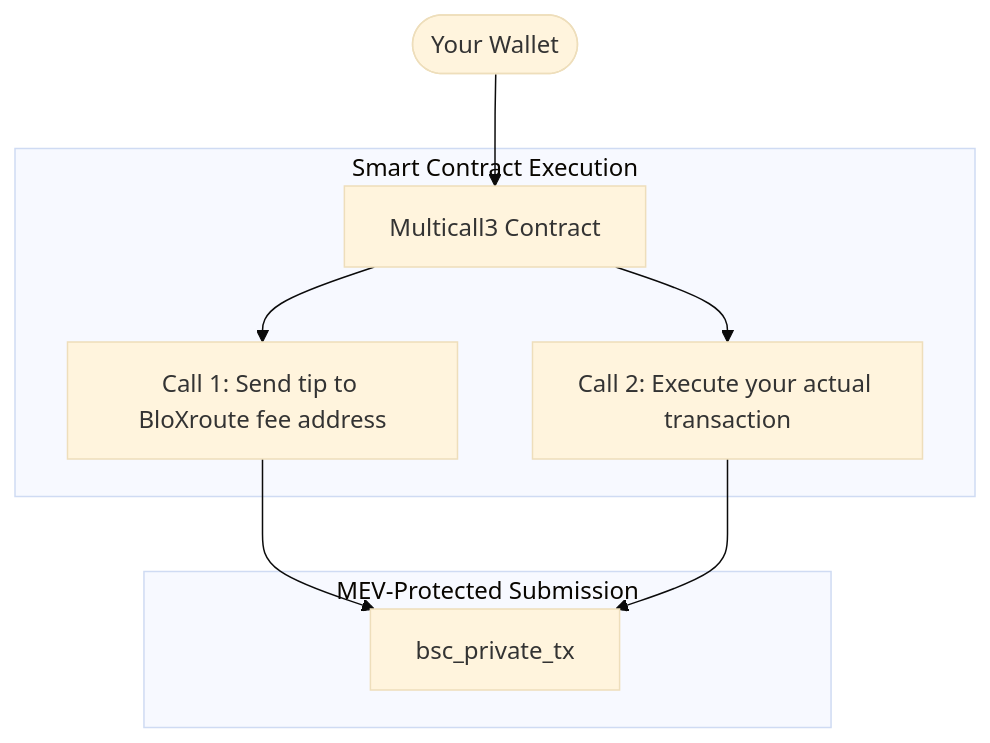
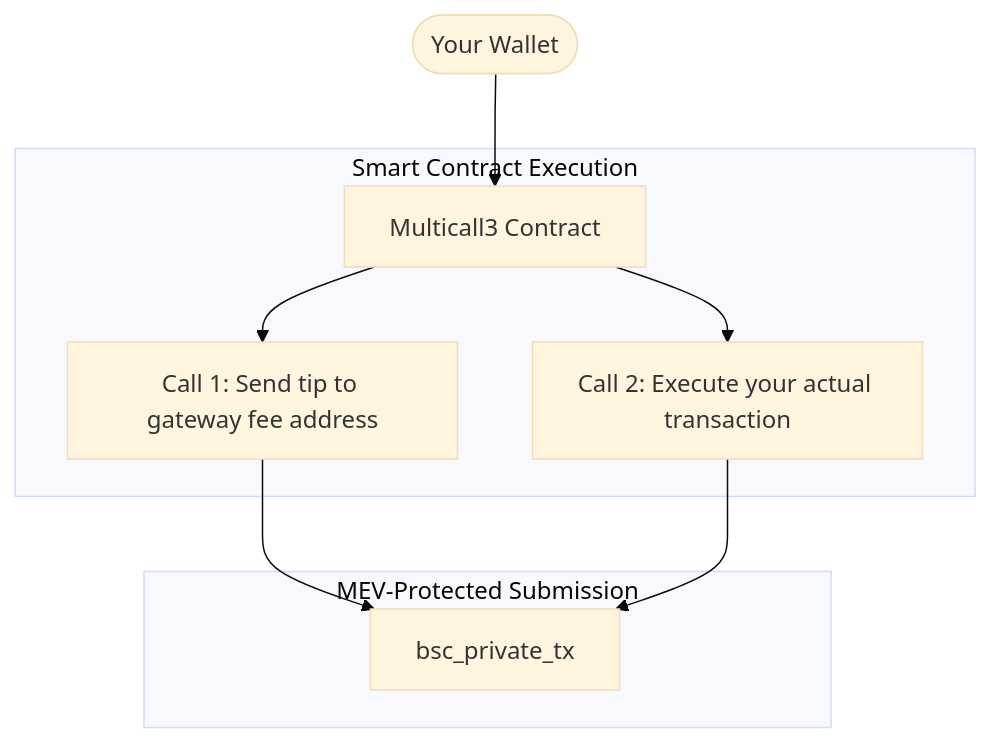
One commit to GetBlock-io/getblock-docs changed the diagram in bsc-advanced-tooling/bsc-accelerated-dedicated-node/sending-transactions-to-private-mempool-priority-fee/how-to-use-multicall3.md. Above: the diagram before and after it, drawn with Mermaid (base theme). The commit also changed other lines of this file and 5 other files, not shown here.

````diff
--- a/bsc-advanced-tooling/bsc-accelerated-dedicated-node/sending-transactions-to-private-mempool-priority-fee/how-to-use-multicall3.md
+++ b/bsc-advanced-tooling/bsc-accelerated-dedicated-node/sending-transactions-to-private-mempool-priority-fee/how-to-use-multicall3.md
@@ -17,17 +17,17 @@
 ```mermaid
 graph TD
     A([Your Wallet]) --> B
     
     subgraph Execution ["Smart Contract Execution"]
         B[Multicall3 Contract]
-        B --> C[Call 1: Send tip to BloXroute fee address]
+        B --> C[Call 1: Send tip to gateway fee address]
         B --> D[Call 2: Execute your actual transaction]
     end
     
     C --> E
     D --> E
     
     subgraph Submission ["MEV-Protected Submission"]
         E[bsc_private_tx]
     end
 ```
````
